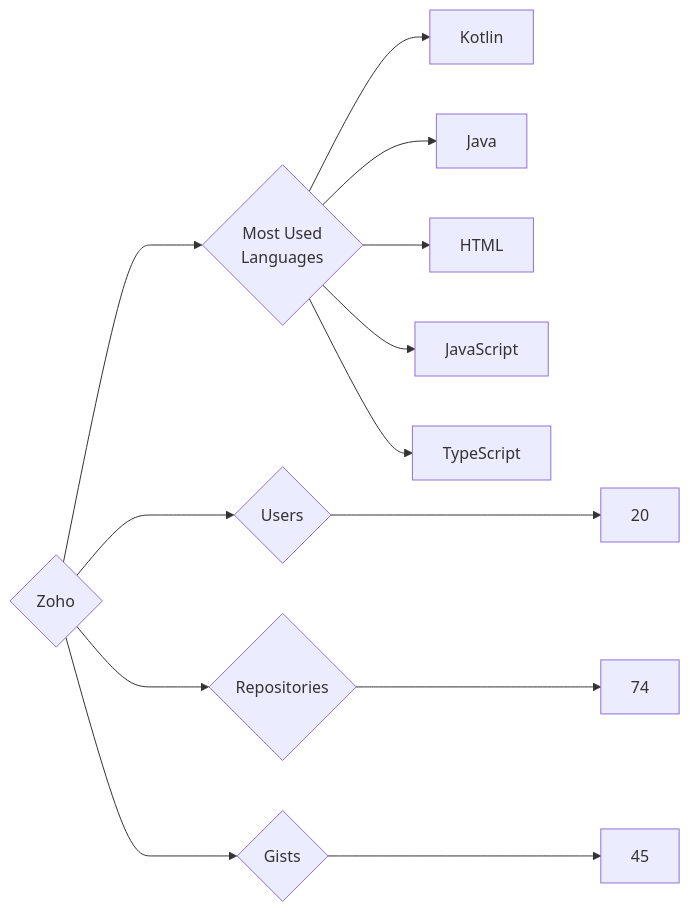
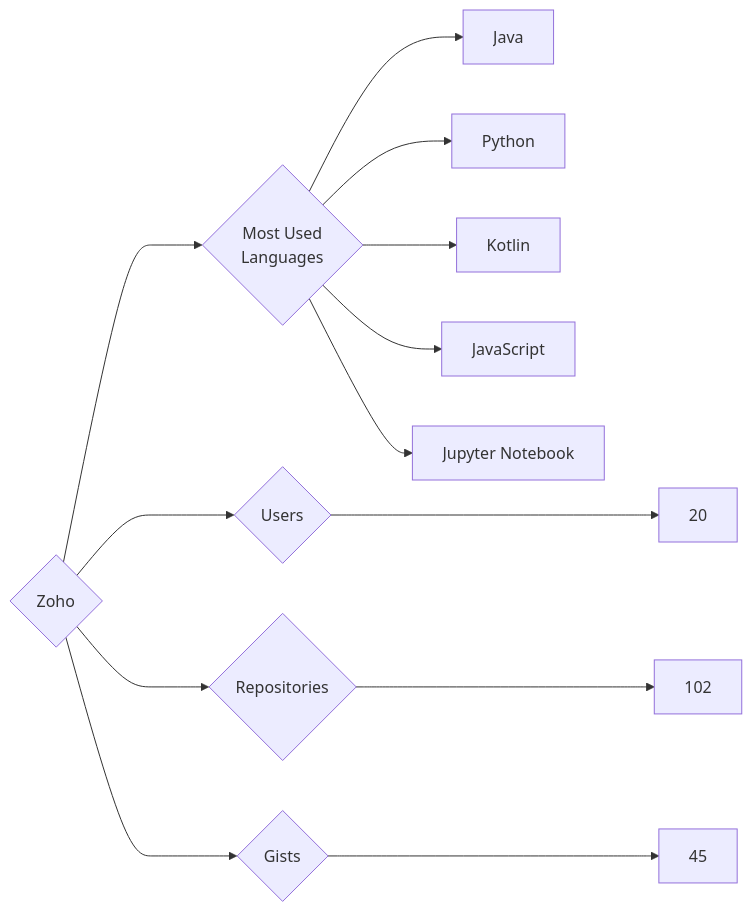
Before and after one commit to trickest/insiders: the diagram in targets/Zoho/README.md, drawn with Mermaid. The commit also changed 682 other files, not shown here.

````diff
--- a/targets/Zoho/README.md
+++ b/targets/Zoho/README.md
@@ -3,13 +3,13 @@
 ```mermaid
 graph LR
 COMPANY_NAME{Zoho}
 COMPANY_NAME ---> U{Users} ---> UN[20]
-COMPANY_NAME ---> R{Repositories} ---> RN[74]
+COMPANY_NAME ---> R{Repositories} ---> RN[102]
 COMPANY_NAME ---> G{Gists} ---> GN[45]
 COMPANY_NAME ---> ML{Most Used<br>Languages}
+ML --> Java[Java]
+ML --> Python[Python]
 ML --> Kotlin[Kotlin]
-ML --> Java[Java]
-ML --> HTML[HTML]
 ML --> JavaScript[JavaScript]
-ML --> TypeScript[TypeScript]
+ML --> Jupyter_Notebook[Jupyter Notebook]
 ```
````
